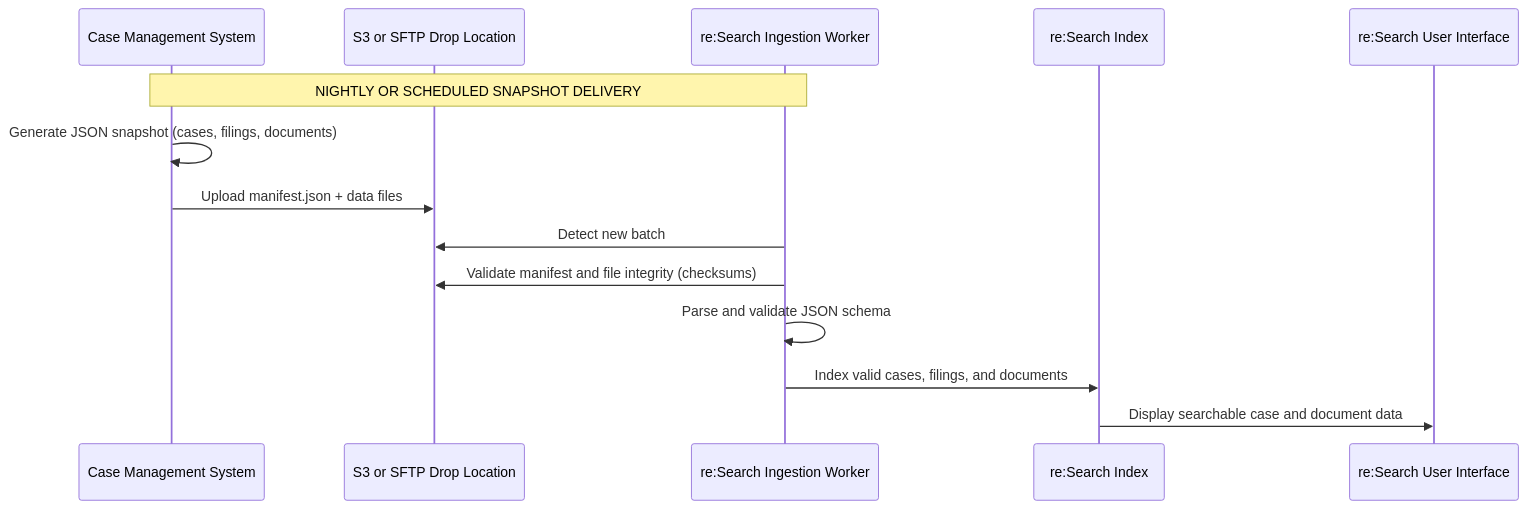
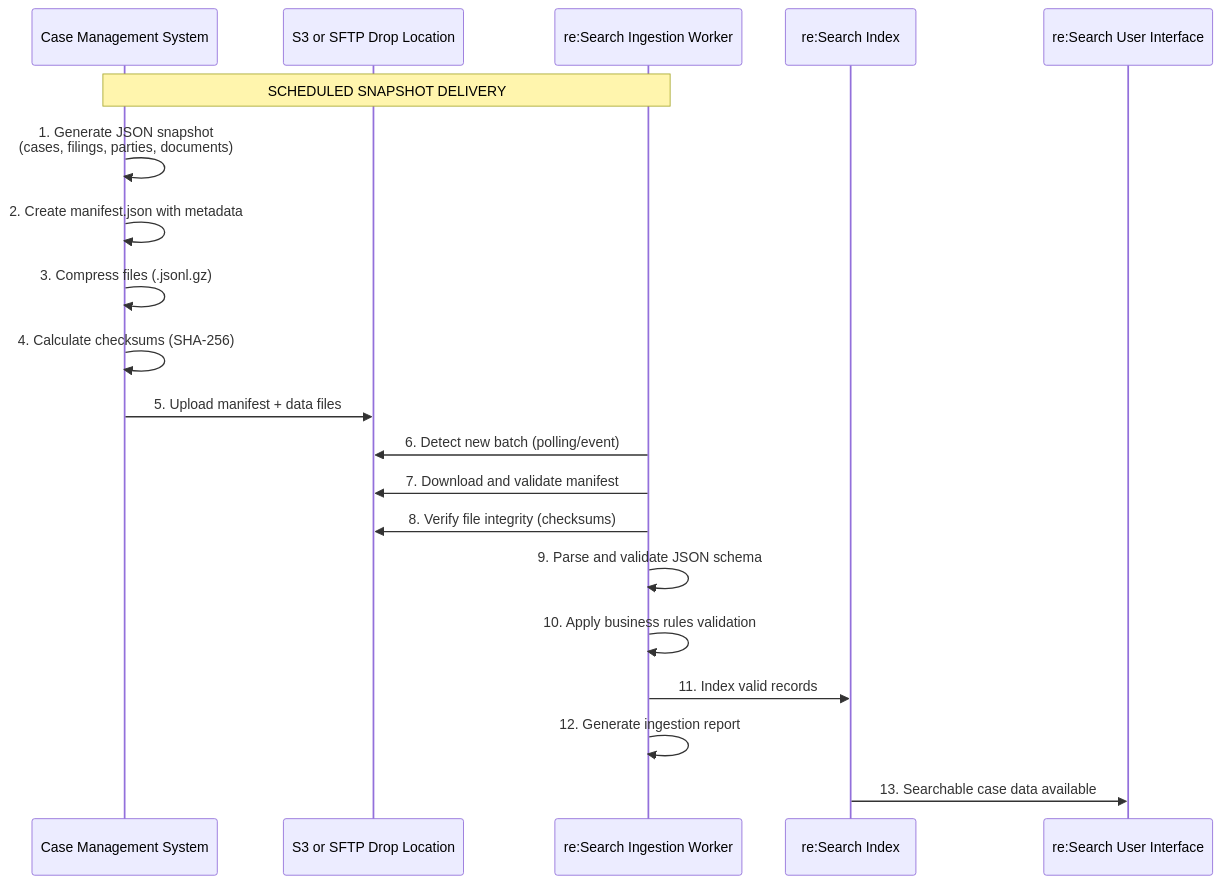
Before and after one commit to bbeltran112-sketch/re-Search-Documentation-Repo: the diagram in client-documentation/integration-modes/batch-mode-overview.md, drawn with Mermaid. The commit also changed other lines of this file and 18 other files, not shown here.

````diff
--- a/client-documentation/integration-modes/batch-mode-overview.md
+++ b/client-documentation/integration-modes/batch-mode-overview.md
@@ -50,18 +72,26 @@
 ```mermaid
 sequenceDiagram
     participant CMS as Case Management System
     participant STORAGE as S3 or SFTP Drop Location
     participant RSCH as re:Search Ingestion Worker
     participant IDX as re:Search Index
     participant UI as re:Search User Interface
 
-    Note over CMS,RSCH: NIGHTLY OR SCHEDULED SNAPSHOT DELIVERY
+    Note over CMS,RSCH: SCHEDULED SNAPSHOT DELIVERY
 
-    CMS->>CMS: Generate JSON snapshot (cases, filings, documents)
-    CMS->>STORAGE: Upload manifest.json + data files
-    RSCH->>STORAGE: Detect new batch
-    RSCH->>STORAGE: Validate manifest and file integrity (checksums)
-    RSCH->>RSCH: Parse and validate JSON schema
-    RSCH->>IDX: Index valid cases, filings, and documents
-    IDX->>UI: Display searchable case and document data
+    CMS->>CMS: 1. Generate JSON snapshot<br/>(cases, filings, parties, documents)
+    CMS->>CMS: 2. Create manifest.json with metadata
+    CMS->>CMS: 3. Compress files (.jsonl.gz)
+    CMS->>CMS: 4. Calculate checksums (SHA-256)
+    CMS->>STORAGE: 5. Upload manifest + data files
+    
+    RSCH->>STORAGE: 6. Detect new batch (polling/event)
+    RSCH->>STORAGE: 7. Download and validate manifest
+    RSCH->>STORAGE: 8. Verify file integrity (checksums)
+    RSCH->>RSCH: 9. Parse and validate JSON schema
+    RSCH->>RSCH: 10. Apply business rules validation
+    RSCH->>IDX: 11. Index valid records
+    RSCH->>RSCH: 12. Generate ingestion report
+    
+    IDX->>UI: 13. Searchable case data available
 ```
````
